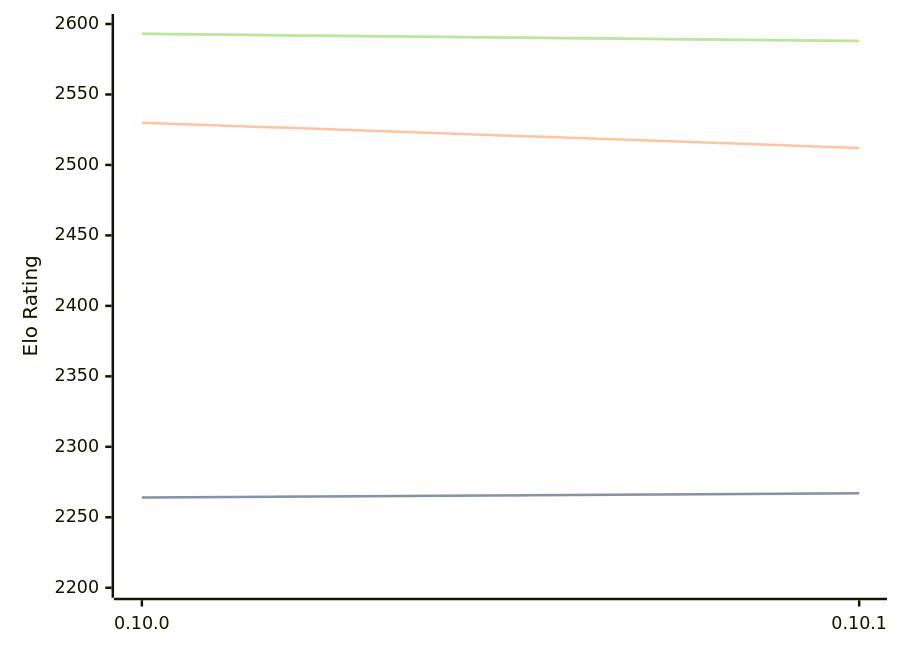
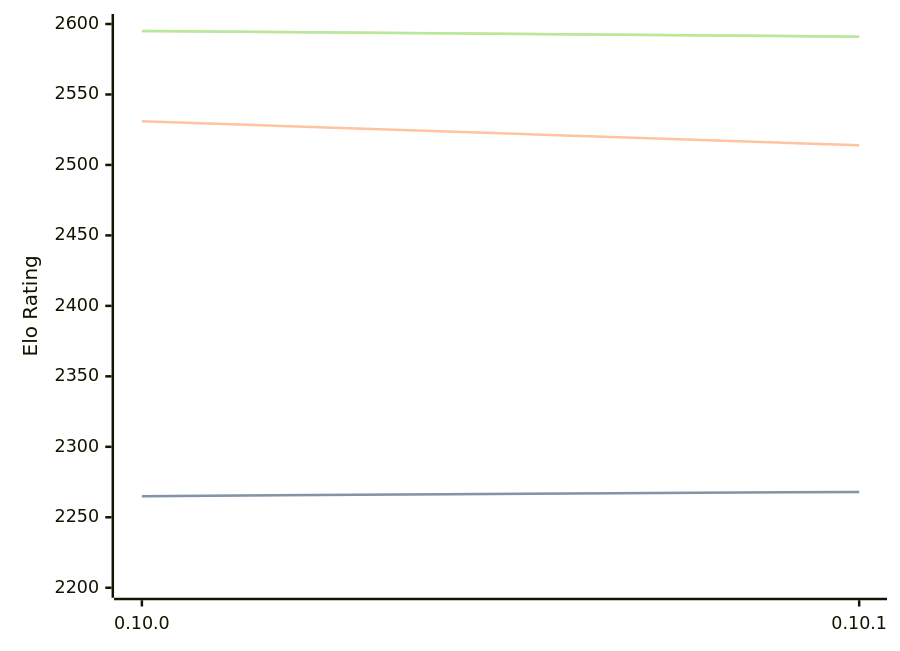
The diagram in engines/Fatalii.md (computer-chess-index/cci), drawn with Mermaid before and after one commit. The commit also changed other lines of this file, not shown here.

Commit message:
Update CCI Ratings (ELO VLTC) - 2026-08-09

````diff
--- a/engines/Fatalii.md
+++ b/engines/Fatalii.md
@@ -32,11 +32,11 @@
 ```mermaid
 %%{init: {"theme":"base","themeVariables":{"seriesColors:['#a3a3a3','#222221','#faa371']}}}%%
 xychart-beta
   x-axis ["0.10.0", "0.10.1"]
   y-axis "Elo Rating" 2200 --> 2600
-  line "STC (8.0+0.08s)" [2264, 2267]
-  line "STC (8.0+0.08s)" [2264, 2267]
-  line "LTC (60.0+0.60s)" [2530, 2512]
-  line "VLTC (2m24s+1.12s)" [2593, 2588]
-  line "VLTC (2m24s+1.12s)" [2593, 2588]
+  line "STC (8.0+0.08s)" [2265, 2268]
+  line "STC (8.0+0.08s)" [2265, 2268]
+  line "LTC (60.0+0.60s)" [2531, 2514]
+  line "VLTC (2m24s+1.12s)" [2595, 2591]
+  line "VLTC (2m24s+1.12s)" [2595, 2591]
 ```
````
